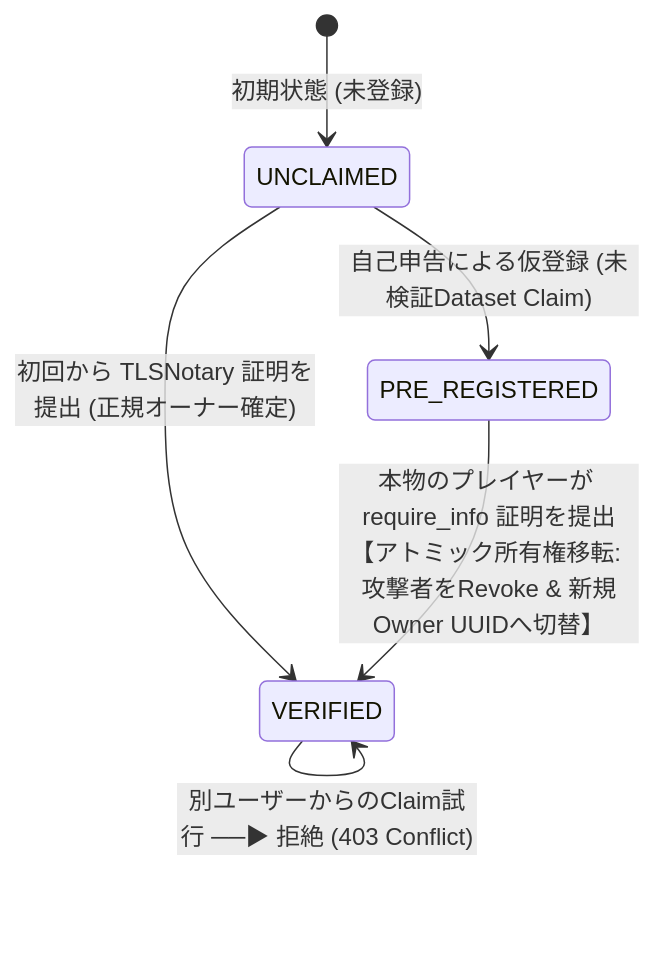
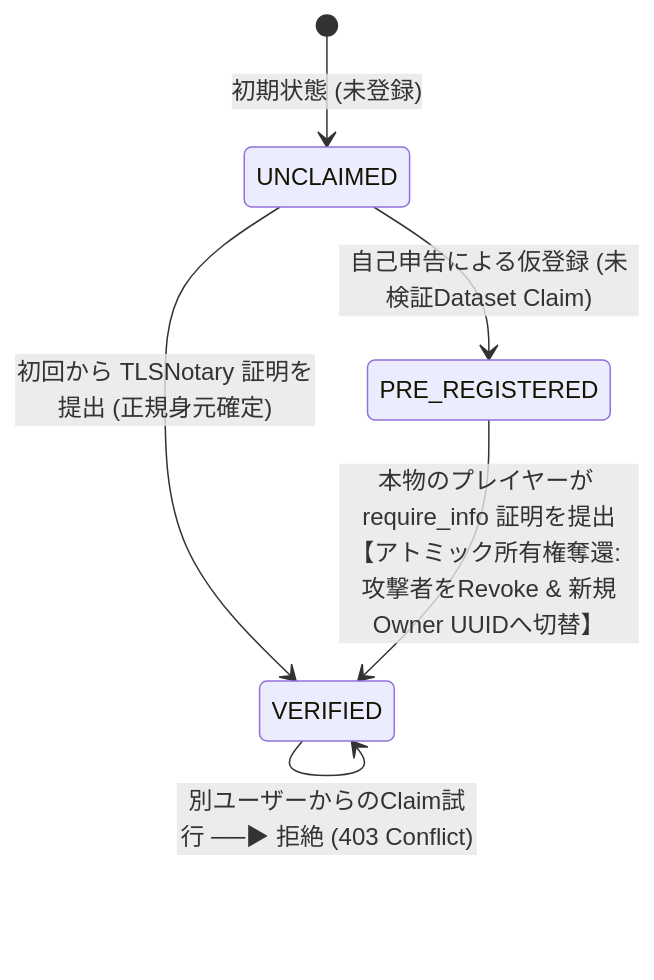
One commit to tsukasa-u/FUSOU changed the first of 2 diagrams in docs/operations/member-id-preemptive-attack-and-recovery.md. Above: the diagram before and after it, drawn with Mermaid. The commit also changed other lines of this file and 1 other file, not shown here.

````diff
--- a/docs/operations/member-id-preemptive-attack-and-recovery.md
+++ b/docs/operations/member-id-preemptive-attack-and-recovery.md
@@ -195,12 +208,12 @@
 ```mermaid
 stateDiagram-v2
     [*] --> UNCLAIMED: 初期状態 (未登録)
     
     UNCLAIMED --> PRE_REGISTERED: 自己申告による仮登録 (未検証Dataset Claim)
-    UNCLAIMED --> VERIFIED: 初回から TLSNotary 証明を提出 (正規オーナー確定)
+    UNCLAIMED --> VERIFIED: 初回から TLSNotary 証明を提出 (正規身元確定)
     
-    PRE_REGISTERED --> VERIFIED: 本物のプレイヤーが require_info 証明を提出<br/>【アトミック所有権移転: 攻撃者をRevoke & 新規Owner UUIDへ切替】
+    PRE_REGISTERED --> VERIFIED: 本物のプレイヤーが require_info 証明を提出<br/>【アトミック所有権奪還: 攻撃者をRevoke & 新規Owner UUIDへ切替】
     
     VERIFIED --> VERIFIED: 同一オーナーによる追加端末登録 (属性: user_devices 追加)
     VERIFIED --> VERIFIED: 別ユーザーからのClaim試行 ──▶ 拒絶 (403 Conflict)
 ```
````
